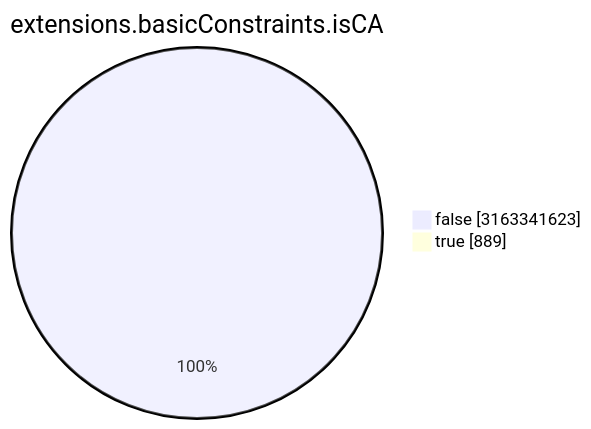
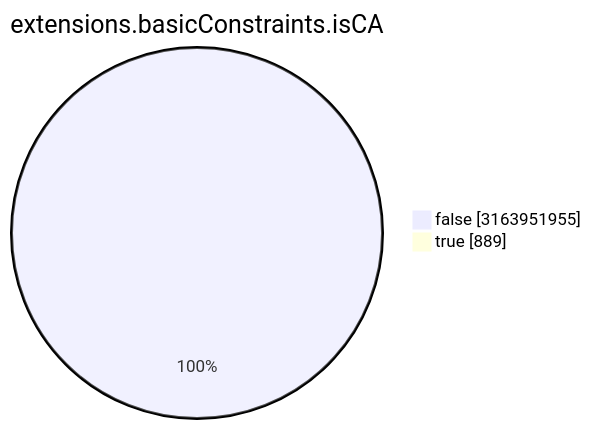
Before and after one commit to christiankrug/ctmonitor_visualization: the seventh of 15 diagrams in TOTAL/README.md, drawn with Mermaid. The commit also changed other lines of this file, not shown here.

````diff
--- a/TOTAL/README.md
+++ b/TOTAL/README.md
@@ -3088,6 +3088,6 @@
 ```mermaid
 pie showData
 title extensions.basicConstraints.isCA
-"false" :3163341623
+"false" :3163951955
 "true" :889
 ```
````
